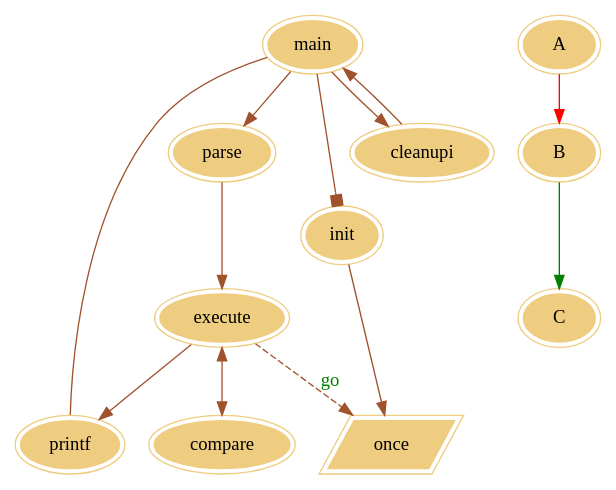
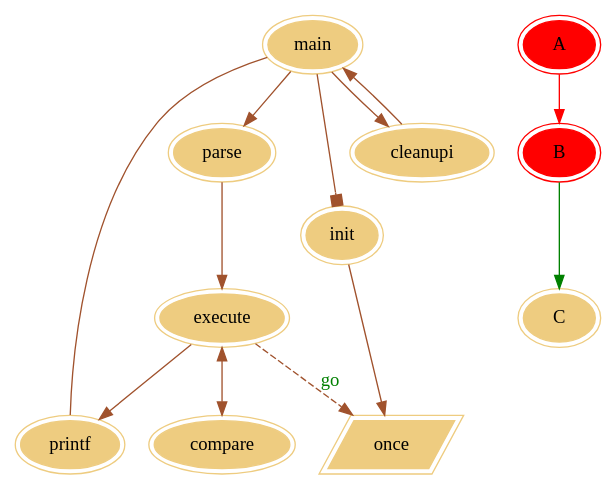
Before and after one commit to carsonshan/AspectJIdea: the diagram in out/dot/2.dot, drawn with Graphviz. The commit also changed 8 other files, not shown here.

```diff
--- a/out/dot/2.dot
+++ b/out/dot/2.dot
@@ -1,19 +1,20 @@
 digraph G {
     /*初始化节点和边的颜色*/
     node [peripheries=2 style=filled color="#eecc80"]
     edge [color="sienna" fontcolor="green"]
     /*节点之间的调用关系*/
     main -> parse -> execute;
     main -> init [arrowhead = box];
     main -> cleanupi -> main;
     make_string[label = once shape=parallelogram style=filled ]
     execute -> make_string[label=go style=dashed arrowtail=diamond];
     execute -> printf [shape=box];
     init -> make_string;
     main -> printf[dir=none];
     execute -> compare[dir=both];
     /*下面纯粹是实验*/
     A -> B[color=red];
     B -> C[color=green];
-
+    A[color=red];
+    B[color=red];
 }
```
